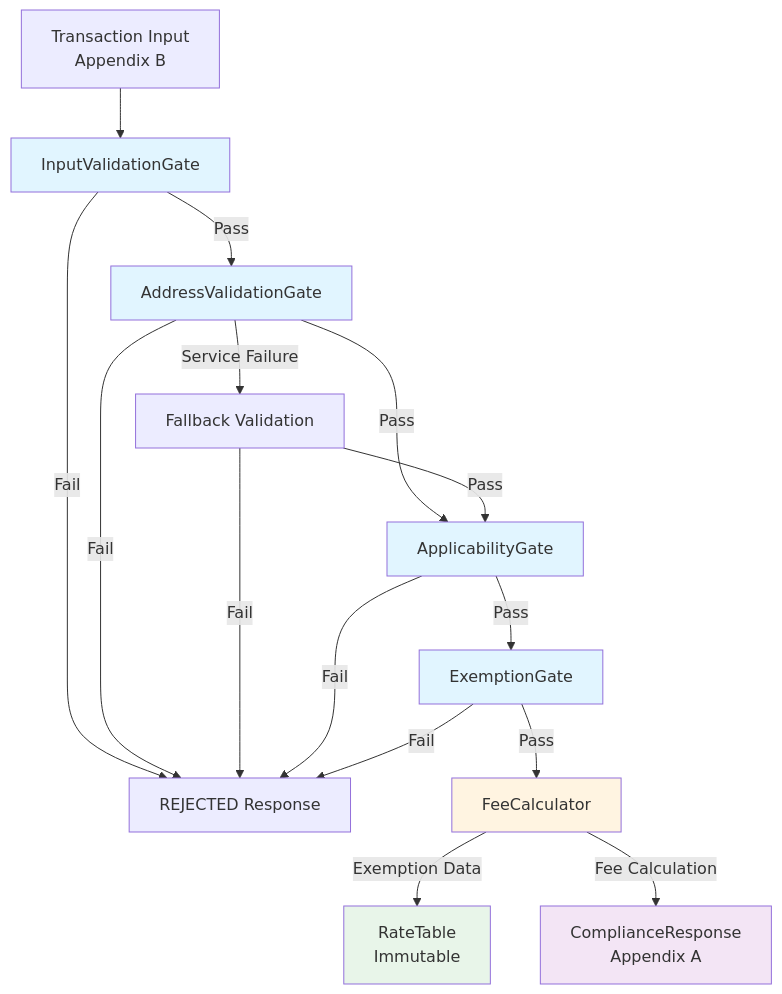
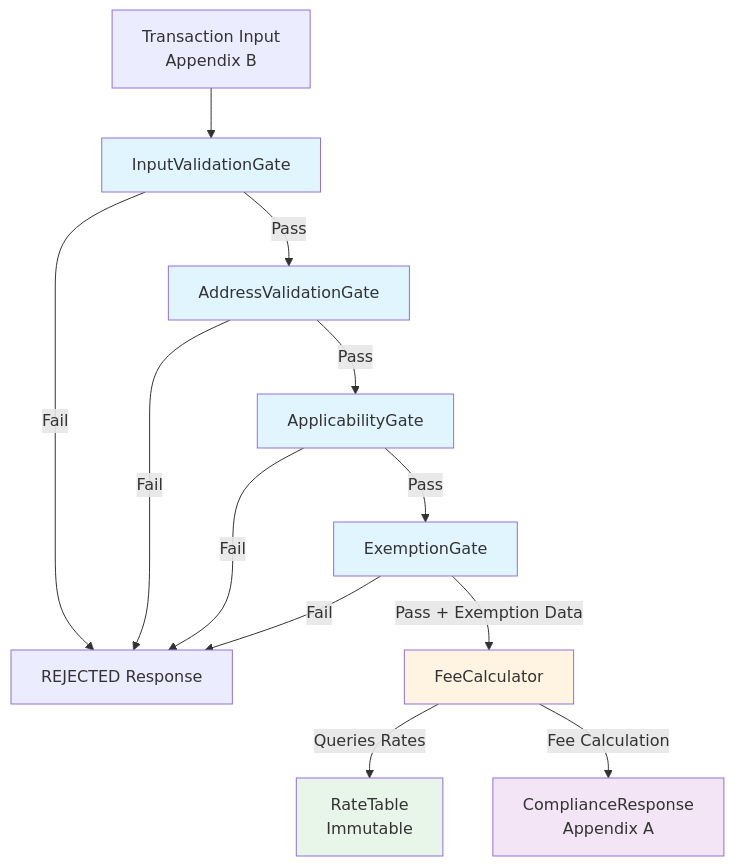
Before and after one commit to enriquevdb/compliance-engine: the diagram in docs/architecture.md, drawn with Mermaid. The commit also changed other lines of this file and 1 other file, not shown here.

Commit message:
Updated the architecture diagram

````diff
--- a/docs/architecture.md
+++ b/docs/architecture.md
@@ -9,29 +9,26 @@
 ```mermaid
 flowchart TD
     Input[Transaction Input<br/>Appendix B] --> IVGate[InputValidationGate]
     IVGate -->|Pass| AVGate[AddressValidationGate]
     IVGate -->|Fail| Reject[REJECTED Response]
     
     AVGate -->|Pass| AppGate[ApplicabilityGate]
     AVGate -->|Fail| Reject
-    AVGate -->|Service Failure| Fallback[Fallback Validation]
-    Fallback -->|Pass| AppGate
-    Fallback -->|Fail| Reject
     
     AppGate -->|Pass| ExGate[ExemptionGate]
     AppGate -->|Fail| Reject
     
-    ExGate -->|Pass| Calc[FeeCalculator]
+    ExGate -->|Pass + Exemption Data| Calc[FeeCalculator]
     ExGate -->|Fail| Reject
     
-    Calc -->|Exemption Data| RateTable[RateTable<br/>Immutable]
+    Calc -->|Queries Rates| RateTable[RateTable<br/>Immutable]
     Calc -->|Fee Calculation| Response[ComplianceResponse<br/>Appendix A]
     
     style IVGate fill:#e1f5ff
     style AVGate fill:#e1f5ff
     style AppGate fill:#e1f5ff
     style ExGate fill:#e1f5ff
     style Calc fill:#fff4e1
     style RateTable fill:#e8f5e9
     style Response fill:#f3e5f5
 ```
````
